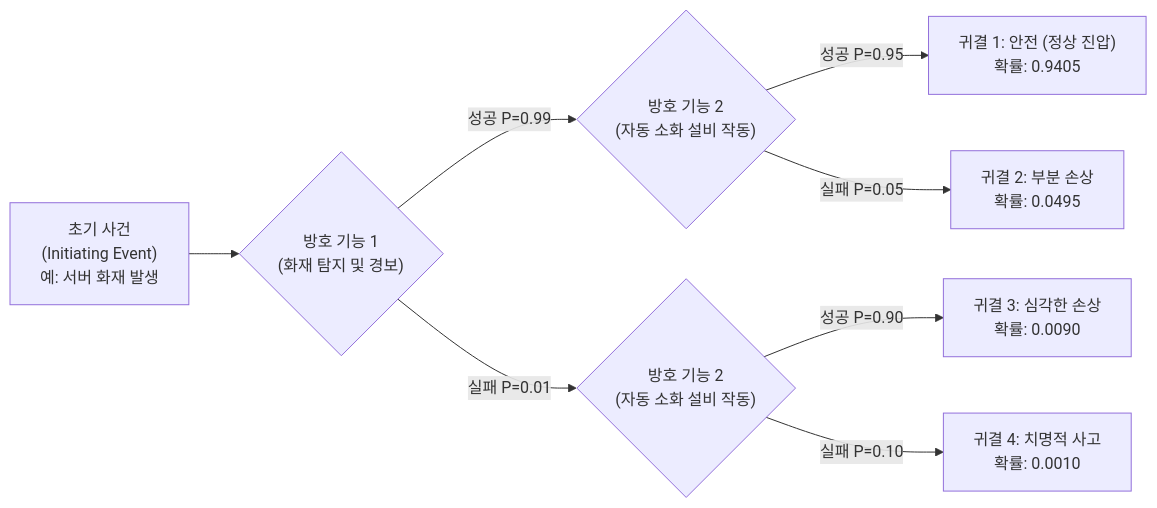
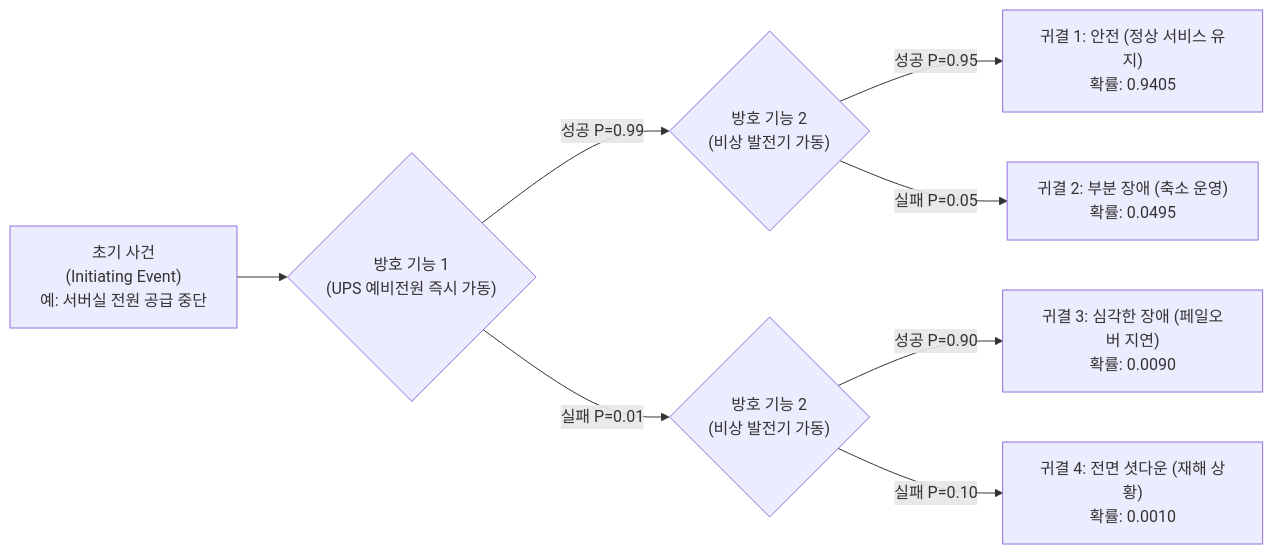
One commit to supremethumb/supremethumb.github.io changed the diagram in content/01_IT Tech/ETA (Event Tree Analysis).md. Above: the diagram before and after it, drawn with Mermaid. The commit also changed other lines of this file and 362 other files, not shown here.

````diff
--- a/content/01_IT Tech/ETA (Event Tree Analysis).md
+++ b/content/01_IT Tech/ETA (Event Tree Analysis).md
@@ -27,18 +31,17 @@
 ```mermaid
 flowchart LR
-    IE["초기 사건<br/>(Initiating Event)<br/>예: 서버 화재 발생"]
-    SF1{"방호 기능 1<br/>(화재 탐지 및 경보)"}
-    SF2_1{"방호 기능 2<br/>(자동 소화 설비 작동)"}
-    SF2_2{"방호 기능 2<br/>(자동 소화 설비 작동)"}
+    IE["초기 사건<br/>(Initiating Event)<br/>예: 서버실 전원 공급 중단"]
+    SF1{"방호 기능 1<br/>(UPS 예비전원 즉시 가동)"}
+    SF2_1{"방호 기능 2<br/>(비상 발전기 가동)"}
+    SF2_2{"방호 기능 2<br/>(비상 발전기 가동)"}
 
     IE --> SF1
     SF1 -->|성공 P=0.99| SF2_1
     SF1 -->|실패 P=0.01| SF2_2
 
-    SF2_1 -->|성공 P=0.95| O1["귀결 1: 안전 (정상 진압)<br/>확률: 0.9405"]
-    SF2_1 -->|실패 P=0.05| O2["귀결 2: 부분 손상<br/>확률: 0.0495"]
+    SF2_1 -->|성공 P=0.95| O1["귀결 1: 안전 (정상 서비스 유지)<br/>확률: 0.9405"]
+    SF2_1 -->|실패 P=0.05| O2["귀결 2: 부분 장애 (축소 운영)<br/>확률: 0.0495"]
 
-    SF2_2 -->|성공 P=0.90| O3["귀결 3: 심각한 손상<br/>확률: 0.0090"]
-    SF2_2 -->|실패 P=0.10| O4["귀결 4: 치명적 사고<br/>확률: 0.0010"]
-
+    SF2_2 -->|성공 P=0.90| O3["귀결 3: 심각한 장애 (페일오버 지연)<br/>확률: 0.0090"]
+    SF2_2 -->|실패 P=0.10| O4["귀결 4: 전면 셧다운 (재해 상황)<br/>확률: 0.0010"]
 ```
````
